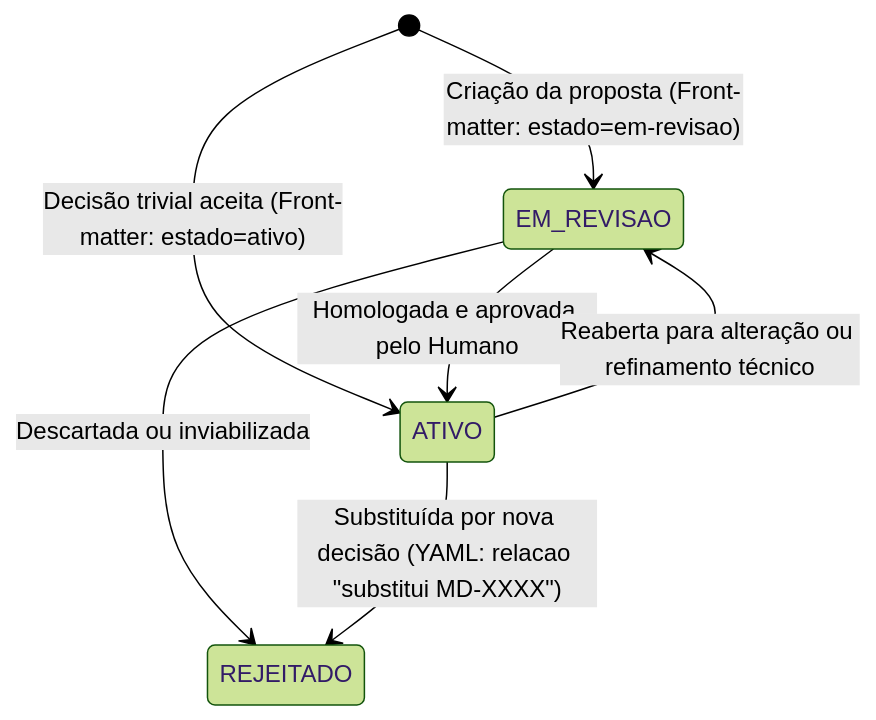
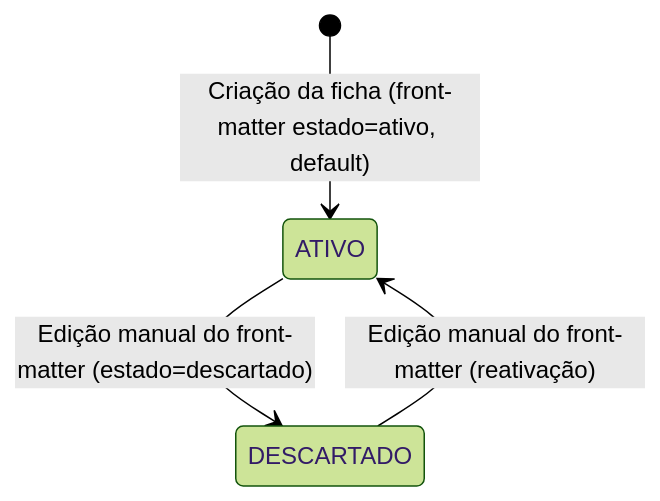
Before and after one commit to iago-leal/harness-config: the second of 2 diagrams in _reversa_sdd/state-machines.md, drawn with Mermaid (forest theme). The commit also changed other lines of this file and 53 other files, not shown here.

````diff
--- a/_reversa_sdd/state-machines.md
+++ b/_reversa_sdd/state-machines.md
@@ -38,11 +48,6 @@
 ```mermaid
 stateDiagram-v2
-    [*] --> EM_REVISAO : Criação da proposta (Front-matter: estado=em-revisao)
-    [*] --> ATIVO : Decisão trivial aceita (Front-matter: estado=ativo)
-    
-    EM_REVISAO --> ATIVO : Homologada e aprovada pelo Humano
-    EM_REVISAO --> REJEITADO : Descartada ou inviabilizada
-    
-    ATIVO --> REJEITADO : Substituída por nova decisão (YAML: relacao "substitui MD-XXXX")
-    ATIVO --> EM_REVISAO : Reaberta para alteração ou refinamento técnico
+    [*] --> ATIVO : Criação da ficha (front-matter estado=ativo, default)
+    ATIVO --> DESCARTADO : Edição manual do front-matter (estado=descartado)
+    DESCARTADO --> ATIVO : Edição manual do front-matter (reativação)
 ```
````
